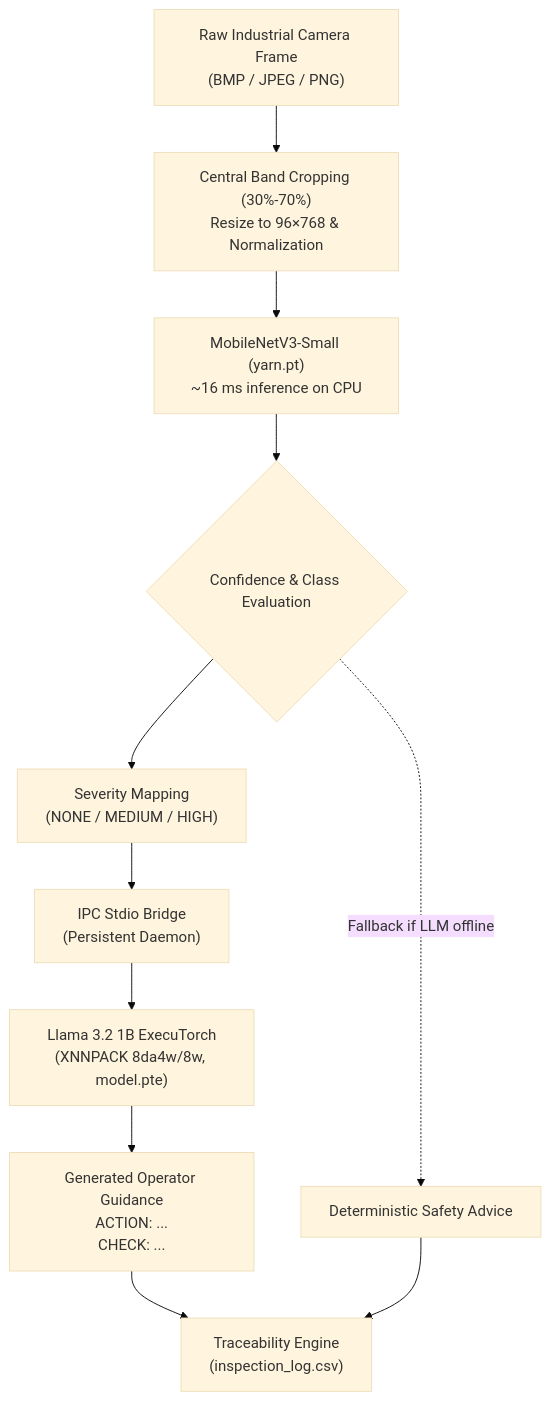
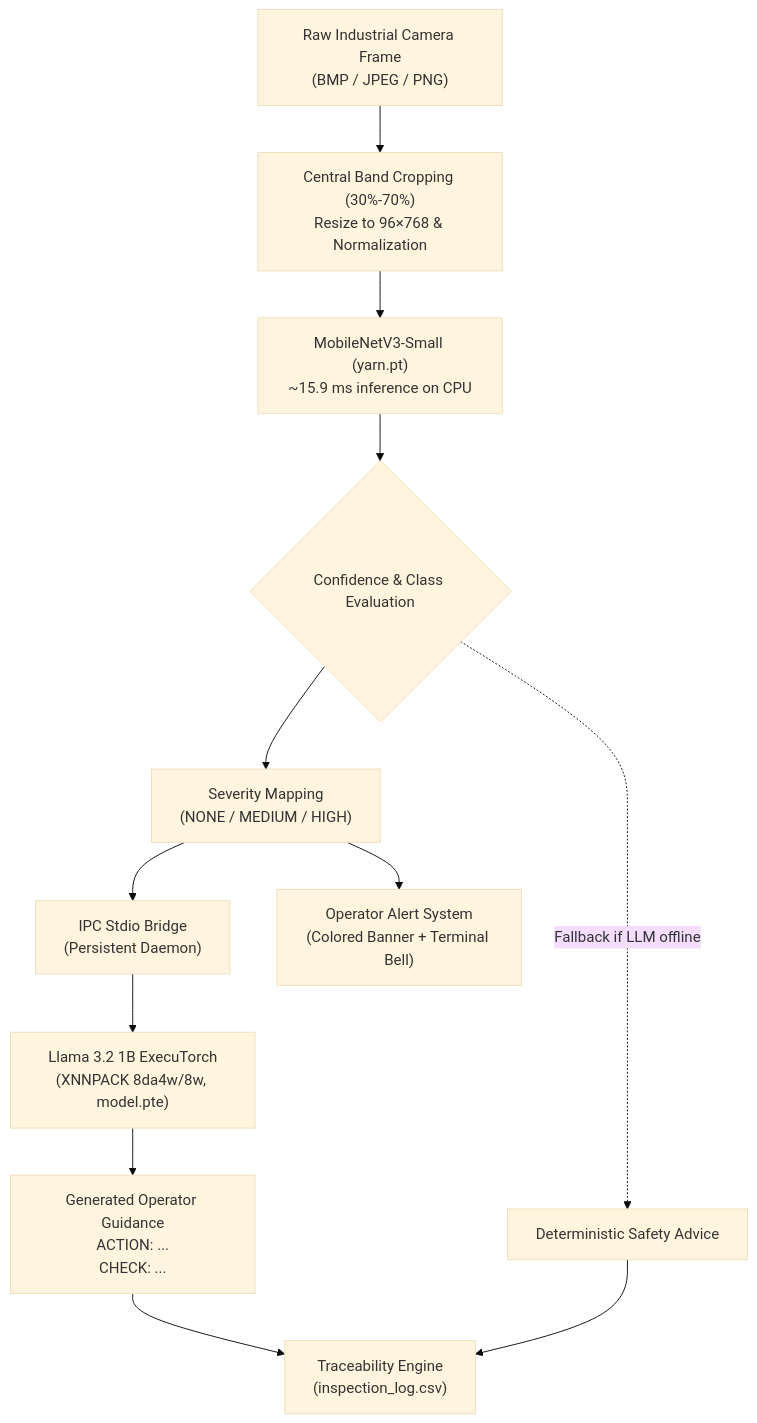
Before and after one commit to Arunbht/arm-yarn-defect-inspection: the diagram in TECHNICAL_DOCUMENTATION.md, drawn with Mermaid (base theme). The commit also changed other lines of this file and 10 other files, not shown here.

Commit message:
Commit yarn.pt, update setup scripts, add operator alert, stream mode, and honest documentation

````diff
--- a/TECHNICAL_DOCUMENTATION.md
+++ b/TECHNICAL_DOCUMENTATION.md
@@ -20,13 +20,14 @@
 ```mermaid
 flowchart TD
     A["Raw Industrial Camera Frame<br/>(BMP / JPEG / PNG)"] --> B["Central Band Cropping (30%-70%)<br/>Resize to 96×768 & Normalization"]
-    B --> C["MobileNetV3-Small (yarn.pt)<br/>~16 ms inference on CPU"]
+    B --> C["MobileNetV3-Small (yarn.pt)<br/>~15.9 ms inference on CPU"]
     C --> D{"Confidence & Class Evaluation"}
     D --> E["Severity Mapping<br/>(NONE / MEDIUM / HIGH)"]
     E --> F["IPC Stdio Bridge<br/>(Persistent Daemon)"]
     F --> G["Llama 3.2 1B ExecuTorch<br/>(XNNPACK 8da4w/8w, model.pte)"]
     G --> H["Generated Operator Guidance<br/>ACTION: ...<br/>CHECK: ..."]
     H --> I["Traceability Engine<br/>(inspection_log.csv)"]
     D -. Fallback if LLM offline .-> J["Deterministic Safety Advice"]
     J --> I
+    E --> K["Operator Alert System<br/>(Colored Banner + Terminal Bell)"]
 ```
````
